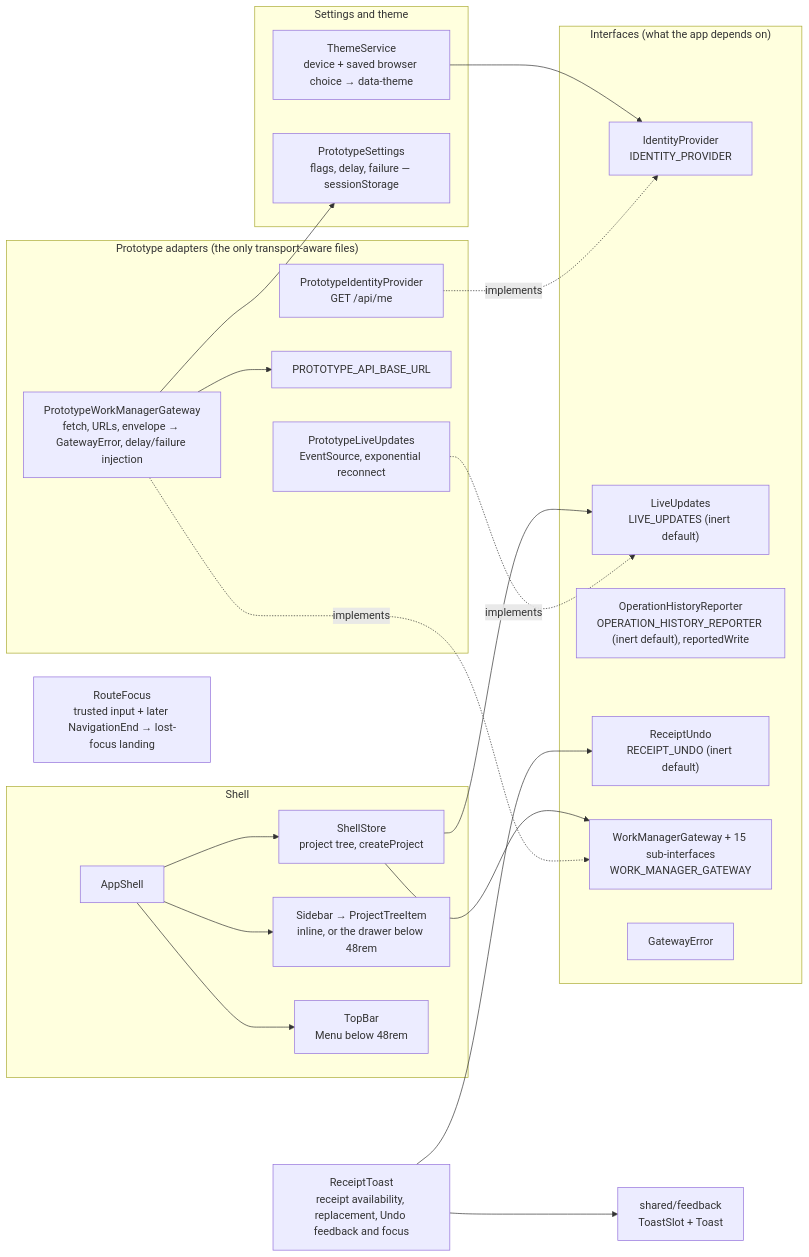
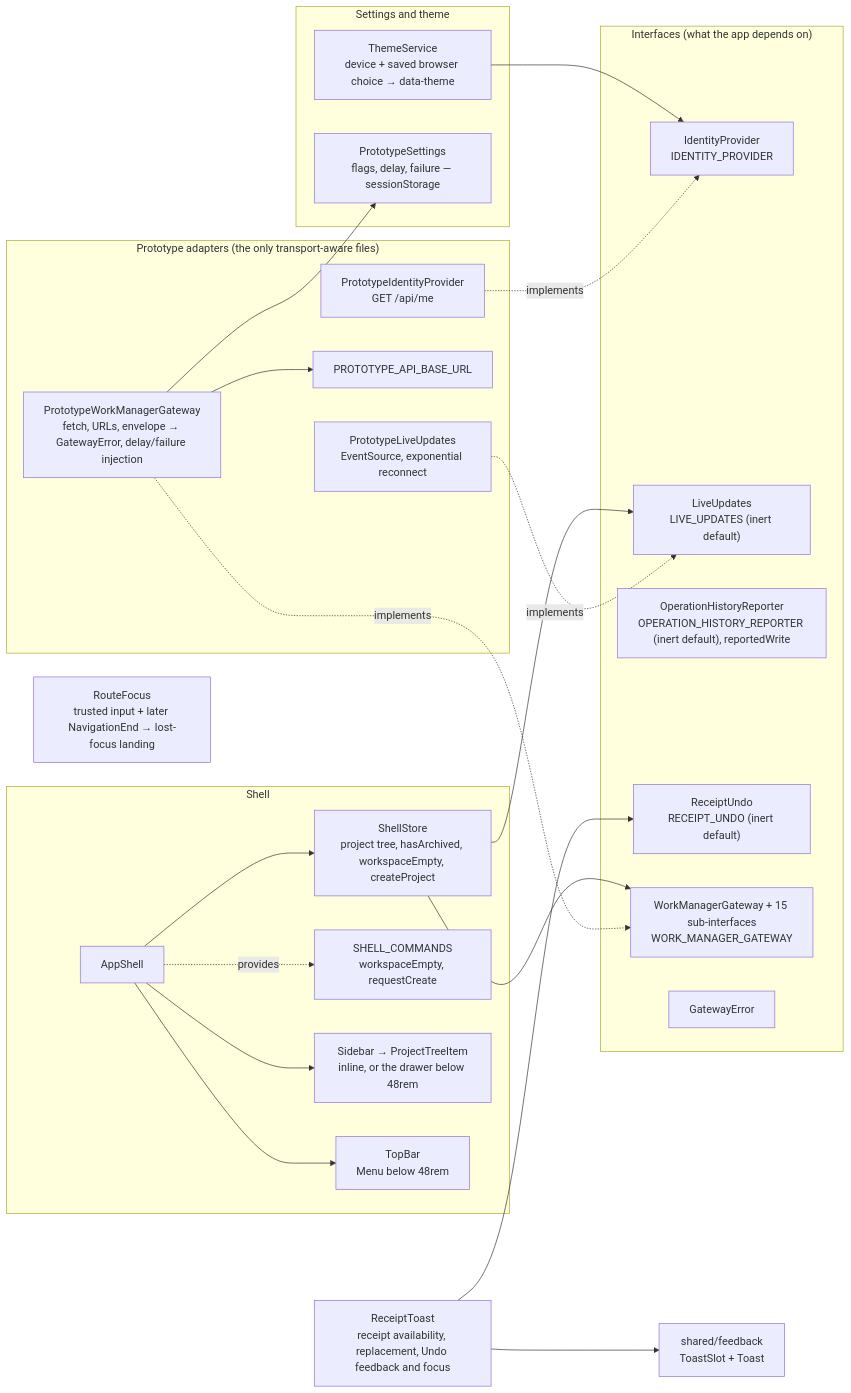
The first of 2 diagrams in docs/architecture/web/core/what.md (CalciteDragon/Canvas-work-manager-prototype), drawn with Mermaid before and after one commit. The commit also changed other lines of this file and 31 other files, not shown here.

````diff
--- a/docs/architecture/web/core/what.md
+++ b/docs/architecture/web/core/what.md
@@ -5,40 +5,42 @@
 ```mermaid
 flowchart LR
   subgraph ports["Interfaces (what the app depends on)"]
     id["IdentityProvider<br/>IDENTITY_PROVIDER"]
     lu["LiveUpdates<br/>LIVE_UPDATES (inert default)"]
     rep["OperationHistoryReporter<br/>OPERATION_HISTORY_REPORTER (inert default), reportedWrite"]
     undo["ReceiptUndo<br/>RECEIPT_UNDO (inert default)"]
     gw["WorkManagerGateway + 15 sub-interfaces<br/>WORK_MANAGER_GATEWAY"]
     err["GatewayError"]
   end
   subgraph adapters["Prototype adapters (the only transport-aware files)"]
     pid["PrototypeIdentityProvider<br/>GET /api/me"]
     pgw["PrototypeWorkManagerGateway<br/>fetch, URLs, envelope → GatewayError, delay/failure injection"]
     cfg["PROTOTYPE_API_BASE_URL"]
     plu["PrototypeLiveUpdates<br/>EventSource, exponential reconnect"]
   end
   subgraph settings["Settings and theme"]
     th["ThemeService<br/>device + saved browser choice → data-theme"]
     ps["PrototypeSettings<br/>flags, delay, failure — sessionStorage"]
   end
   routeFocus["RouteFocus<br/>trusted input + later NavigationEnd → lost-focus landing"]
   toast["ReceiptToast<br/>receipt availability, replacement, Undo feedback and focus"]
   slot["shared/feedback<br/>ToastSlot + Toast"]
   subgraph shell["Shell"]
     as["AppShell"]
-    ss["ShellStore<br/>project tree, createProject"]
+    ss["ShellStore<br/>project tree, hasArchived, workspaceEmpty, createProject"]
+    sc["SHELL_COMMANDS<br/>workspaceEmpty, requestCreate"]
     sb["Sidebar → ProjectTreeItem<br/>inline, or the drawer below 48rem"]
     tb["TopBar<br/>Menu below 48rem"]
   end
   pgw -. implements .-> gw
   pid -. implements .-> id
   plu -. implements .-> lu
   pgw --> cfg
   pgw --> ps
   as --> ss --> gw
   ss --> lu
   as --> sb & tb
+  as -. provides .-> sc
   th --> id
   toast --> undo & slot
 ```
````
